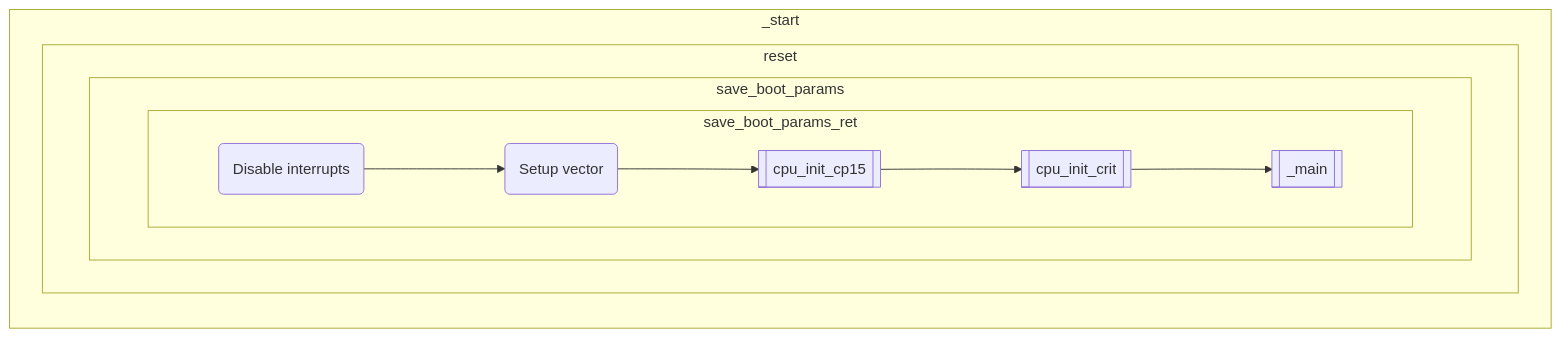
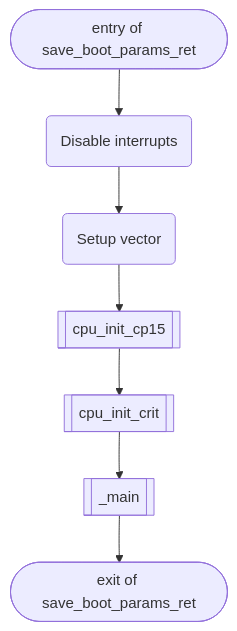
One commit to yingkecheng/my_blog_source changed the first of 3 diagrams in U-Boot启动流程.md. Above: the diagram before and after it, drawn with Mermaid. The commit also changed other lines of this file and 1 other file, not shown here.

````diff
--- a/U-Boot启动流程.md
+++ b/U-Boot启动流程.md
@@ -7,18 +7,11 @@
 ```mermaid
-flowchart LR
-subgraph _start
-	subgraph reset
-		subgraph save_boot_params
-			subgraph save_boot_params_ret
-				step_1(Disable interrupts)
-				step_2(Setup vector)
-				step_3[[cpu_init_cp15]]
-				step_4[[cpu_init_crit]]
-				step_5[[_main]]
-				step_1 --> step_2 --> step_3 --> step_4 --> step_5
-			end
-		end
-	end
-end
-
+flowchart TB
+	entry([entry of save_boot_params_ret])
+	step_1(Disable interrupts)
+	step_2(Setup vector)
+	step_3[[cpu_init_cp15]]
+	step_4[[cpu_init_crit]]
+	step_5[[_main]]
+	exit([exit of save_boot_params_ret])
+	entry --> step_1 --> step_2 --> step_3 --> step_4 --> step_5 --> exit
 ```
````
